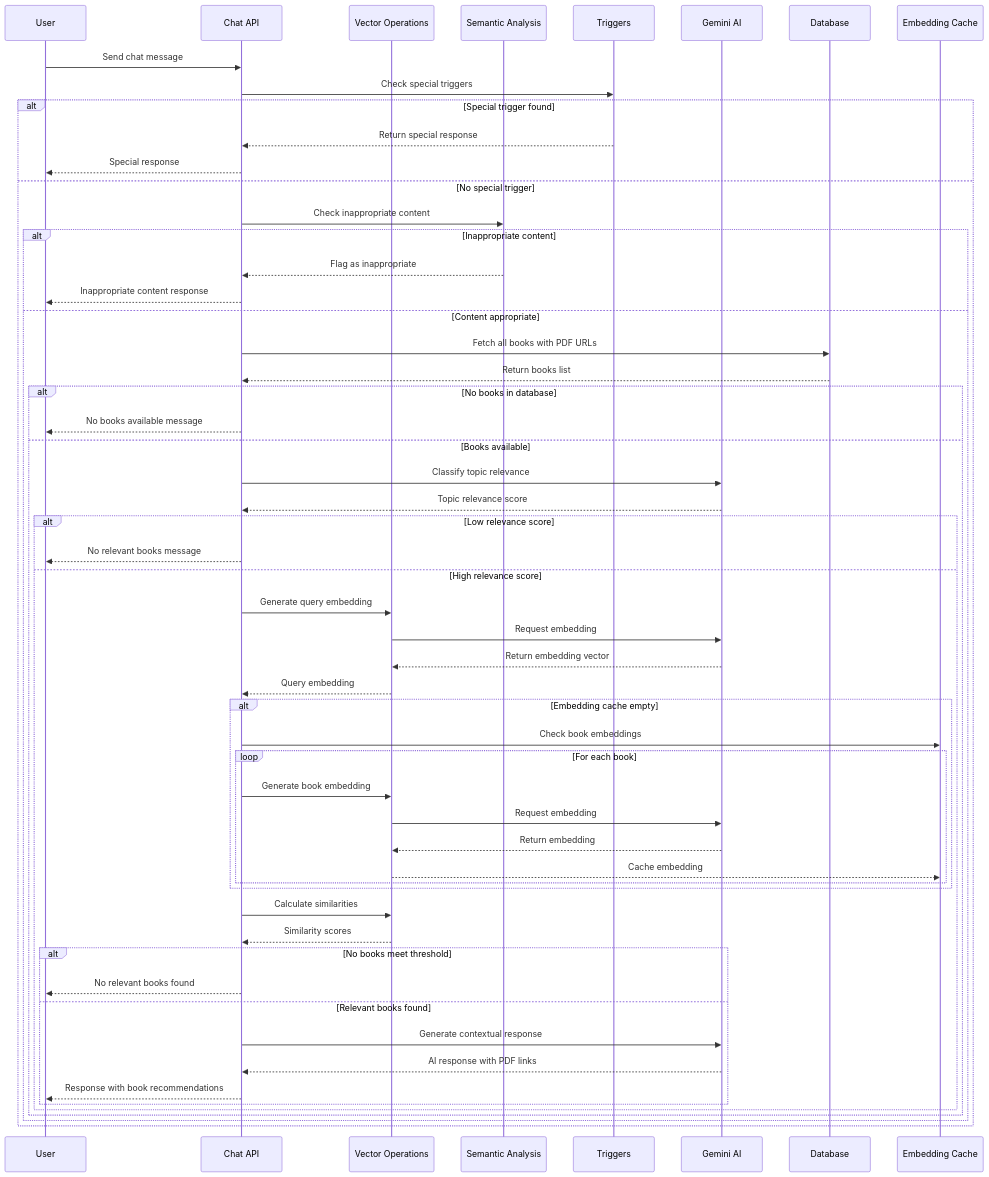
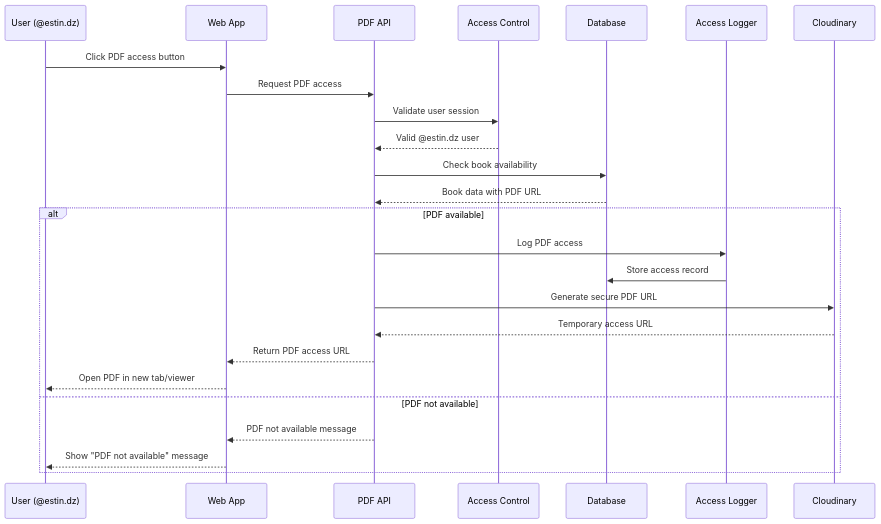
One commit to H3xKatana/EstinBib-new changed the fourth of 12 diagrams in README.md. Above: the diagram before and after it, drawn with Mermaid. The commit also changed other lines of this file, not shown here.

````diff
--- a/README.md
+++ b/README.md
@@ -291,64 +319,30 @@
 ```mermaid
 sequenceDiagram
-    participant U as User
-    participant API as Chat API
-    participant VEC as Vector Operations
-    participant SEM as Semantic Analysis
-    participant TRG as Triggers
-    participant GEM as Gemini AI
+    participant U as User (@estin.dz)
+    participant WEB as Web App
+    participant API as PDF API
+    participant ACCESS as Access Control
     participant DB as Database
-    participant CACHE as Embedding Cache
+    participant LOG as Access Logger
+    participant CLOUD as Cloudinary
     
-    U->>API: Send chat message
-    API->>TRG: Check special triggers
-    alt Special trigger found
-        TRG-->>API: Return special response
-        API-->>U: Special response
-    else No special trigger
-        API->>SEM: Check inappropriate content
-        alt Inappropriate content
-            SEM-->>API: Flag as inappropriate
-            API-->>U: Inappropriate content response
-        else Content appropriate
-            API->>DB: Fetch all books with PDF URLs
-            DB-->>API: Return books list
-            
-            alt No books in database
-                API-->>U: No books available message
-            else Books available
-                API->>GEM: Classify topic relevance
-                GEM-->>API: Topic relevance score
-                
-                alt Low relevance score
-                    API-->>U: No relevant books message
-                else High relevance score
-                    API->>VEC: Generate query embedding
-                    VEC->>GEM: Request embedding
-                    GEM-->>VEC: Return embedding vector
-                    VEC-->>API: Query embedding
-                    
-                    alt Embedding cache empty
-                        API->>CACHE: Check book embeddings
-                        loop For each book
-                            API->>VEC: Generate book embedding
-                            VEC->>GEM: Request embedding
-                            GEM-->>VEC: Return embedding
-                            VEC-->>CACHE: Cache embedding
-                        end
-                    end
-                    
-                    API->>VEC: Calculate similarities
-                    VEC-->>API: Similarity scores
-                    
-                    alt No books meet threshold
-                        API-->>U: No relevant books found
-                    else Relevant books found
-                        API->>GEM: Generate contextual response
-                        GEM-->>API: AI response with PDF links
-                        API-->>U: Response with book recommendations
-                    end
-                end
-            end
-        end
+    U->>WEB: Click PDF access button
+    WEB->>API: Request PDF access
+    API->>ACCESS: Validate user session
+    ACCESS-->>API: Valid @estin.dz user
+    
+    API->>DB: Check book availability
+    DB-->>API: Book data with PDF URL
+    
+    alt PDF available
+        API->>LOG: Log PDF access
+        LOG->>DB: Store access record
+        API->>CLOUD: Generate secure PDF URL
+        CLOUD-->>API: Temporary access URL
+        API-->>WEB: Return PDF access URL
+        WEB-->>U: Open PDF in new tab/viewer
+    else PDF not available
+        API-->>WEB: PDF not available message
+        WEB-->>U: Show "PDF not available" message
     end
 ```
````
